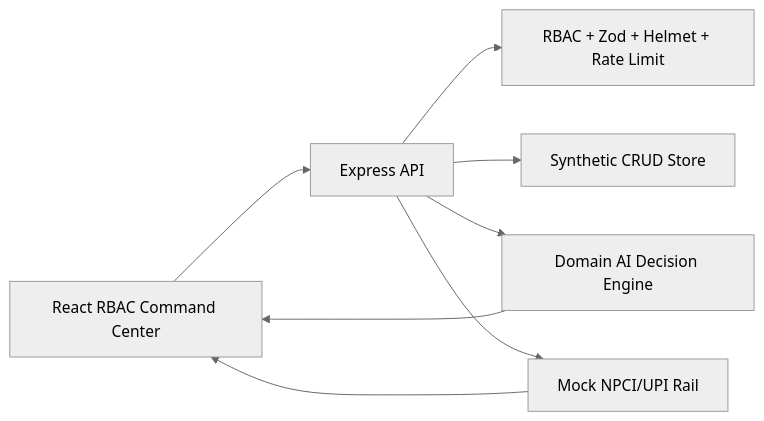
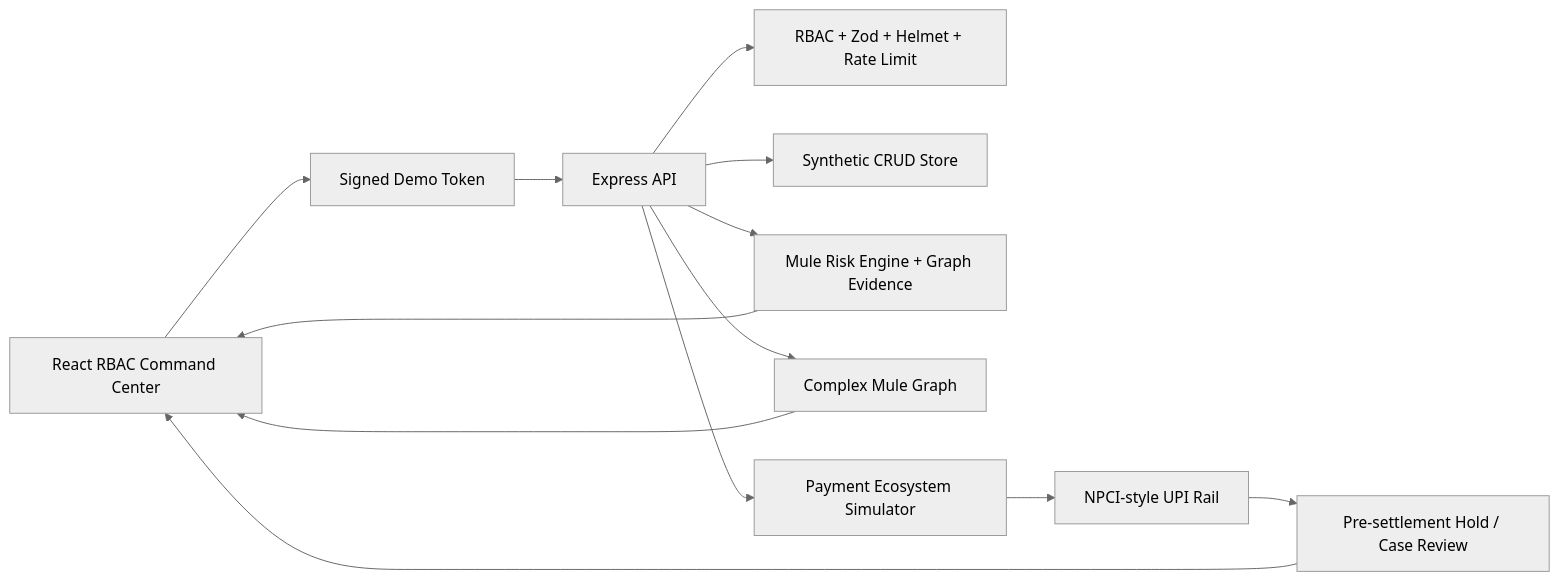
Before and after one commit to jprbom/bharat-upi-interdict: the diagram in README.md, drawn with Mermaid (neutral theme). The commit also changed other lines of this file and 8 other files, not shown here.

Commit message:
docs: refresh latest architecture and enhancement details

```diff
--- a/README.md
+++ b/README.md
@@ -76,10 +91,15 @@
 ~~~mermaid
 flowchart LR
-  UI["React RBAC Command Center"] --> API["Express API"]
+  UI["React RBAC Command Center"] --> AUTH["Signed Demo Token"]
+  AUTH --> API["Express API"]
   API --> RBAC["RBAC + Zod + Helmet + Rate Limit"]
   API --> CRUD["Synthetic CRUD Store"]
-  API --> AI["Domain AI Decision Engine"]
-  API --> MOCK["Mock NPCI/UPI Rail"]
-  MOCK --> UI
+  API --> AI["Mule Risk Engine + Graph Evidence"]
+  API --> GRAPH["Complex Mule Graph"]
+  API --> SIM["Payment Ecosystem Simulator"]
+  SIM --> RAIL["NPCI-style UPI Rail"]
+  RAIL --> HOLD["Pre-settlement Hold / Case Review"]
+  HOLD --> UI
+  GRAPH --> UI
   AI --> UI
 ~~~
```
